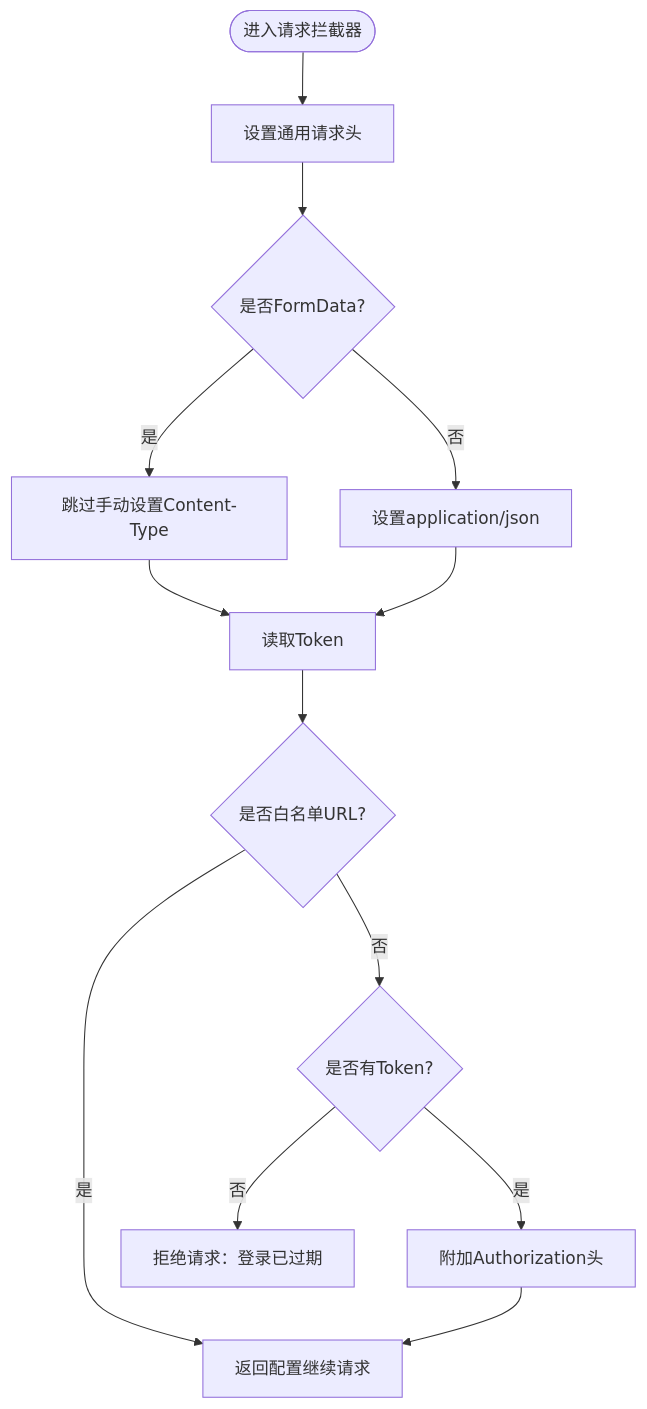
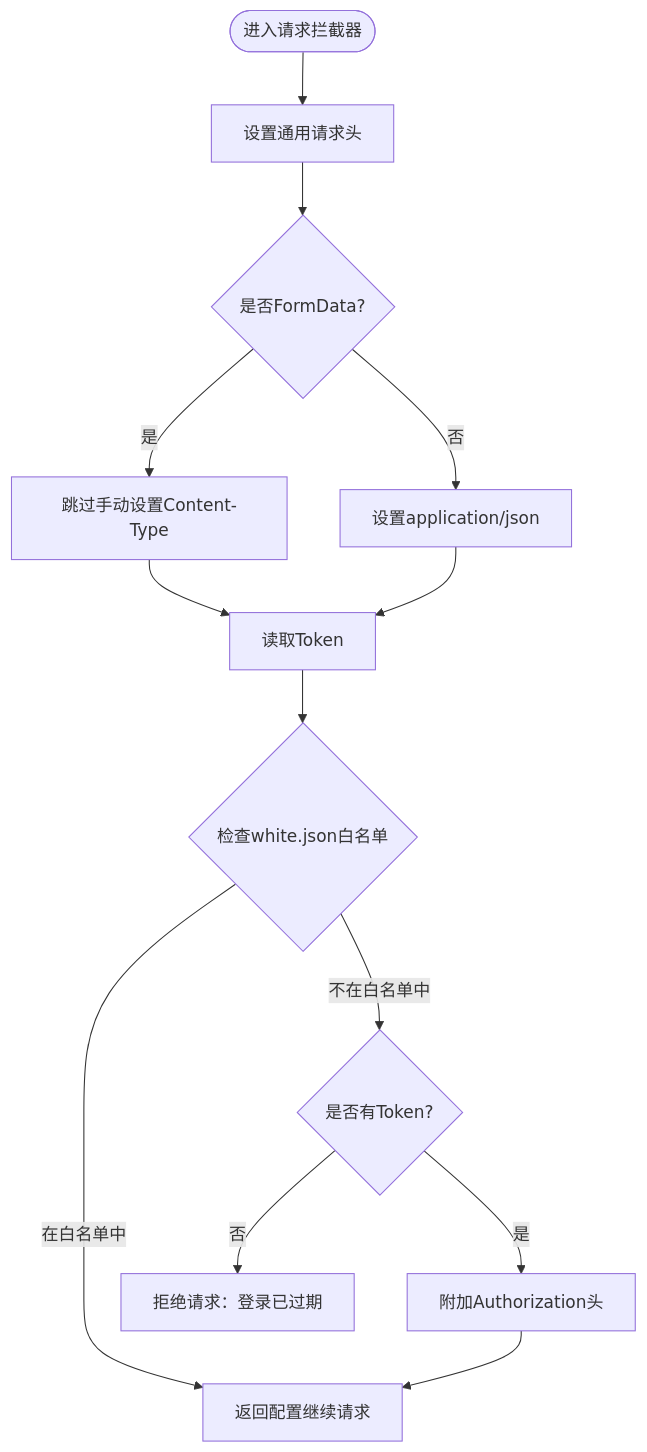
Before and after one commit to cyu100235/lingjing-ai: the fourth of 6 diagrams in .qoder/repowiki/zh/content/架构设计/前端架构设计/HTTP客户端与API封装.md, drawn with Mermaid. The commit also changed other lines of this file and 12 other files, not shown here.

````diff
--- a/.qoder/repowiki/zh/content/架构设计/前端架构设计/HTTP客户端与API封装.md
+++ b/.qoder/repowiki/zh/content/架构设计/前端架构设计/HTTP客户端与API封装.md
@@ -151,15 +239,15 @@
 ```mermaid
 flowchart TD
 Start(["进入请求拦截器"]) --> SetHeaders["设置通用请求头"]
 SetHeaders --> CheckForm{"是否FormData?"}
 CheckForm --> |是| SkipCT["跳过手动设置Content-Type"]
 CheckForm --> |否| SetCT["设置application/json"]
 SkipCT --> GetToken["读取Token"]
 SetCT --> GetToken
-GetToken --> IsWhite{"是否白名单URL?"}
-IsWhite --> |是| ReturnCfg["返回配置继续请求"]
-IsWhite --> |否| HasToken{"是否有Token?"}
+GetToken --> IsWhite{"检查white.json白名单"}
+IsWhite --> |在白名单中| ReturnCfg["返回配置继续请求"]
+IsWhite --> |不在白名单中| HasToken{"是否有Token?"}
 HasToken --> |否| Reject["拒绝请求：登录已过期"]
 HasToken --> |是| AttachAuth["附加Authorization头"]
 AttachAuth --> ReturnCfg
 ```
````
